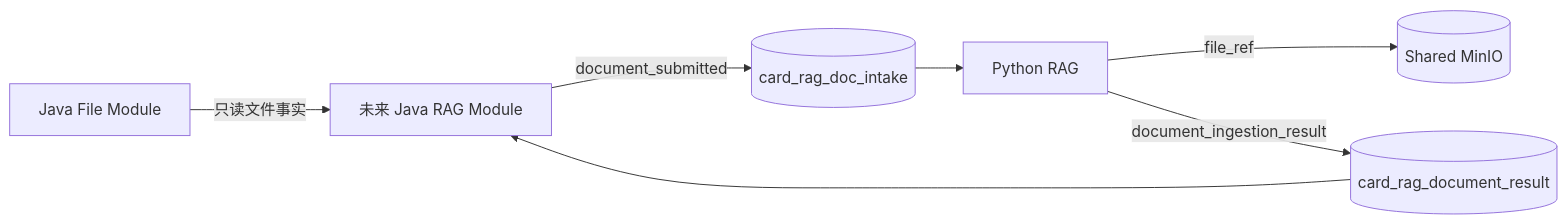
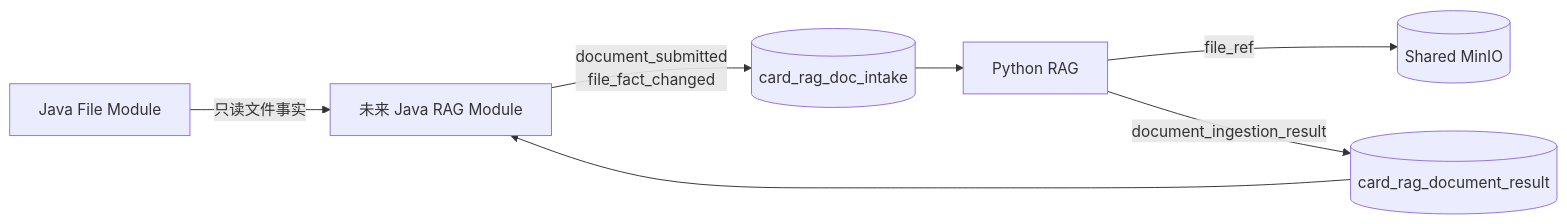
One commit to crudboy008/file-center-service changed the diagram in docs/V0.1.0/lld/LLD-003-RAG预留对接合同.md. Above: the diagram before and after it, drawn with Mermaid. The commit also changed other lines of this file and 34 other files, not shown here.

````diff
--- a/docs/V0.1.0/lld/LLD-003-RAG预留对接合同.md
+++ b/docs/V0.1.0/lld/LLD-003-RAG预留对接合同.md
@@ -57,9 +57,9 @@
 ```mermaid
 flowchart LR
     F[Java File Module] -->|只读文件事实| R[未来 Java RAG Module]
-    R -->|document_submitted| T1[(card_rag_doc_intake)]
+    R -->|document_submitted<br/>file_fact_changed| T1[(card_rag_doc_intake)]
     T1 --> P[Python RAG]
     P -->|file_ref| M[(Shared MinIO)]
     P -->|document_ingestion_result| T2[(card_rag_document_result)]
     T2 --> R
 ```
````
